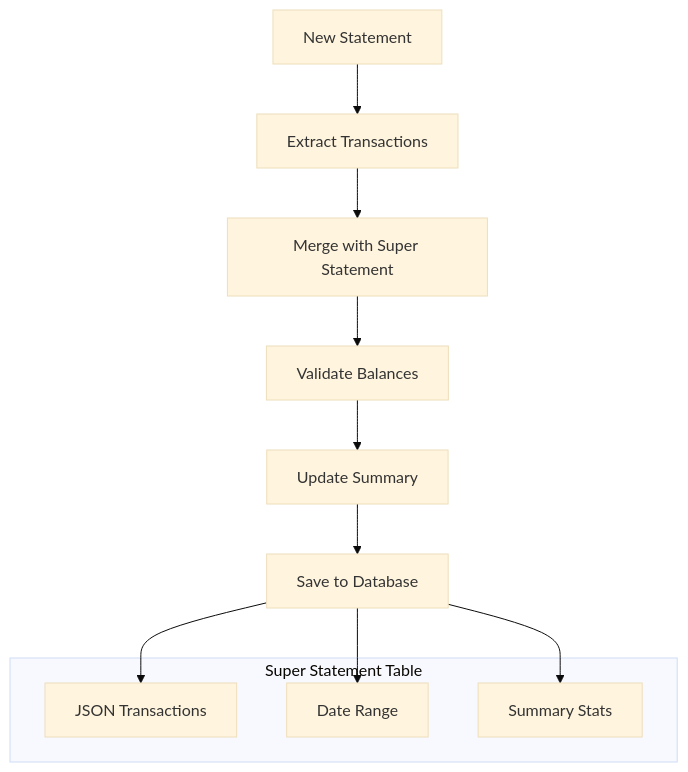
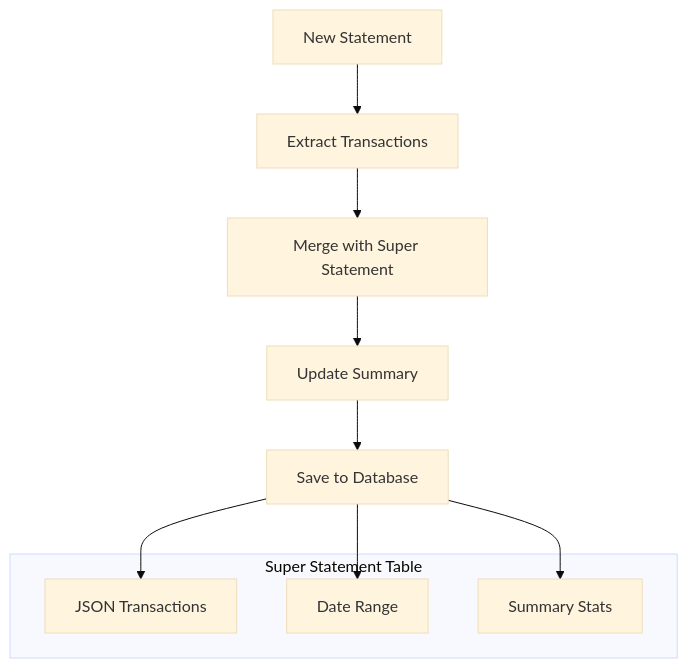
One commit to myselfshravan/hdfc-statement-explorer changed the first of 5 diagrams in README.md. Above: the diagram before and after it, drawn with Mermaid (base theme). The commit also changed other lines of this file and 4 other files, not shown here.

Commit message:
feat: add Visualization page for transaction flow analysis with charts and date range selection

````diff
--- a/README.md
+++ b/README.md
@@ -136,18 +136,17 @@
 ```mermaid
 graph TD
     A[New Statement] --> B[Extract Transactions]
     B --> C[Merge with Super Statement]
-    C --> D[Validate Balances]
-    D --> E[Update Summary]
+    C --> E[Update Summary]
     E --> F[Save to Database]
 
     subgraph "Super Statement Table"
         G[JSON Transactions]
         H[Date Range]
         I[Summary Stats]
     end
 
     F --> G
     F --> H
     F --> I
 ```
````
